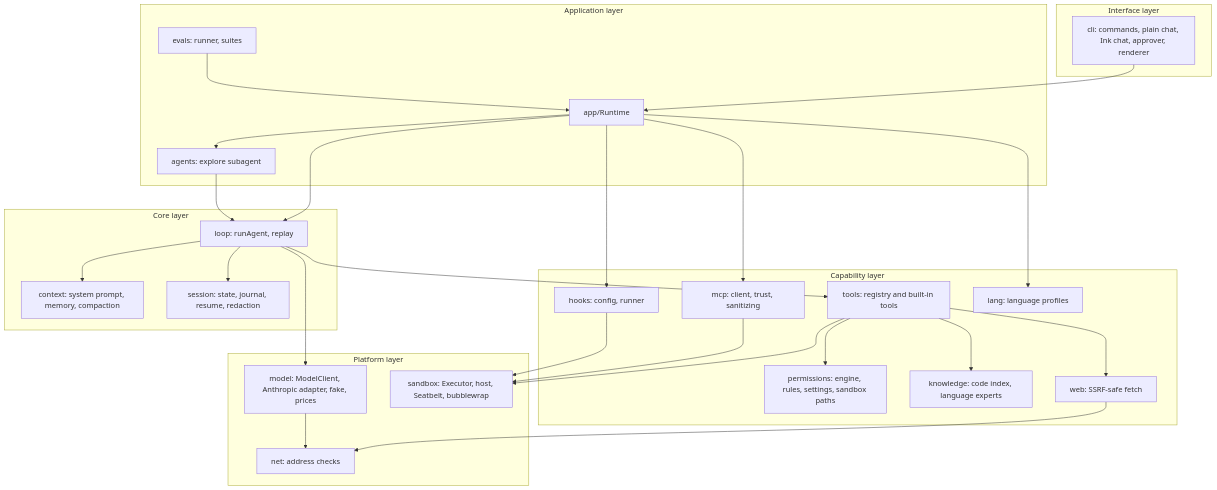
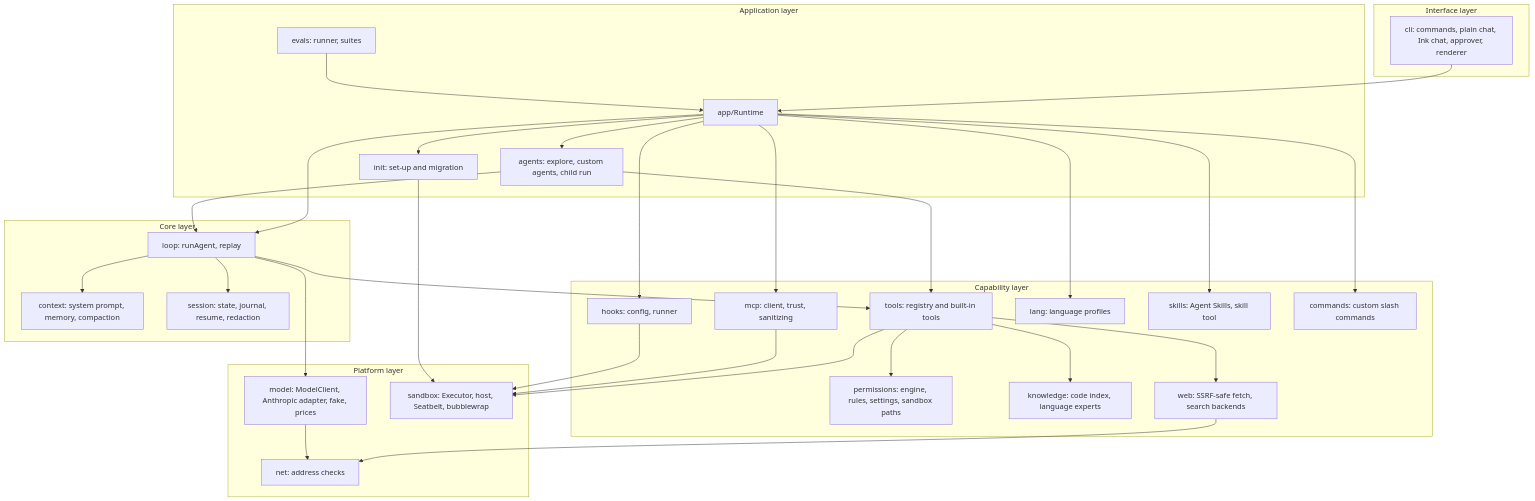
One commit to madhu-sv/garuda changed the second of 3 diagrams in docs/architecture.md. Above: the diagram before and after it, drawn with Mermaid. The commit also changed other lines of this file and 7 other files, not shown here.

````diff
--- a/docs/architecture.md
+++ b/docs/architecture.md
@@ -41,50 +41,58 @@
 ```mermaid
 flowchart TB
   subgraph UI[Interface layer]
     cli[cli: commands, plain chat, Ink chat, approver, renderer]
   end
   subgraph App[Application layer]
     runtime[app/Runtime]
-    agents[agents: explore subagent]
+    agents[agents: explore, custom agents, child run]
+    init[init: set-up and migration]
     evals[evals: runner, suites]
   end
   subgraph Core[Core layer]
     loop[loop: runAgent, replay]
     context[context: system prompt, memory, compaction]
     session[session: state, journal, resume, redaction]
   end
   subgraph Capabilities[Capability layer]
     tools[tools: registry and built-in tools]
     permissions[permissions: engine, rules, settings, sandbox paths]
     knowledge[knowledge: code index, language experts]
     mcp[mcp: client, trust, sanitizing]
-    web[web: SSRF-safe fetch]
+    web[web: SSRF-safe fetch, search backends]
     hooks[hooks: config, runner]
     lang[lang: language profiles]
+    skills[skills: Agent Skills, skill tool]
+    commands[commands: custom slash commands]
   end
   subgraph Platform[Platform layer]
     model[model: ModelClient, Anthropic adapter, fake, prices]
     sandbox[sandbox: Executor, host, Seatbelt, bubblewrap]
     net[net: address checks]
   end
   cli --> runtime
   evals --> runtime
   runtime --> loop
   runtime --> mcp
   runtime --> hooks
   runtime --> lang
   runtime --> agents
+  runtime --> init
+  runtime --> skills
+  runtime --> commands
   agents --> loop
+  agents --> tools
+  init --> sandbox
   loop --> context
   loop --> session
   loop --> tools
   loop --> model
   tools --> permissions
   tools --> sandbox
   tools --> knowledge
   tools --> web
   mcp --> sandbox
   hooks --> sandbox
   web --> net
   model --> net
 ```
````
